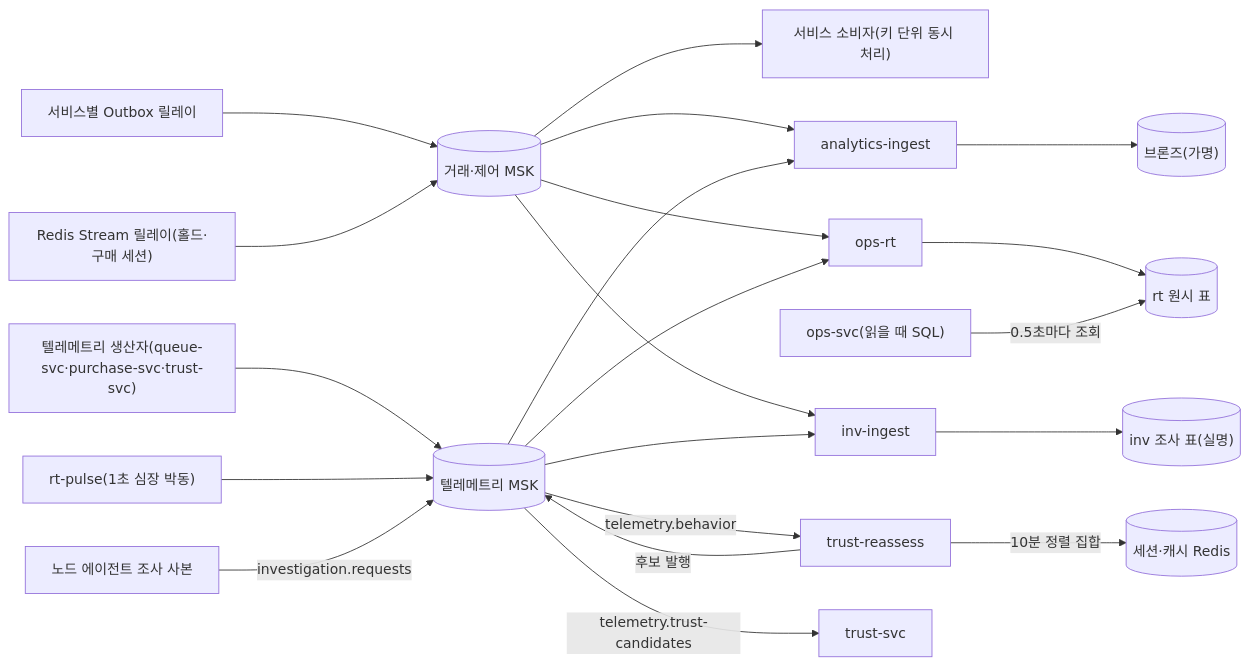
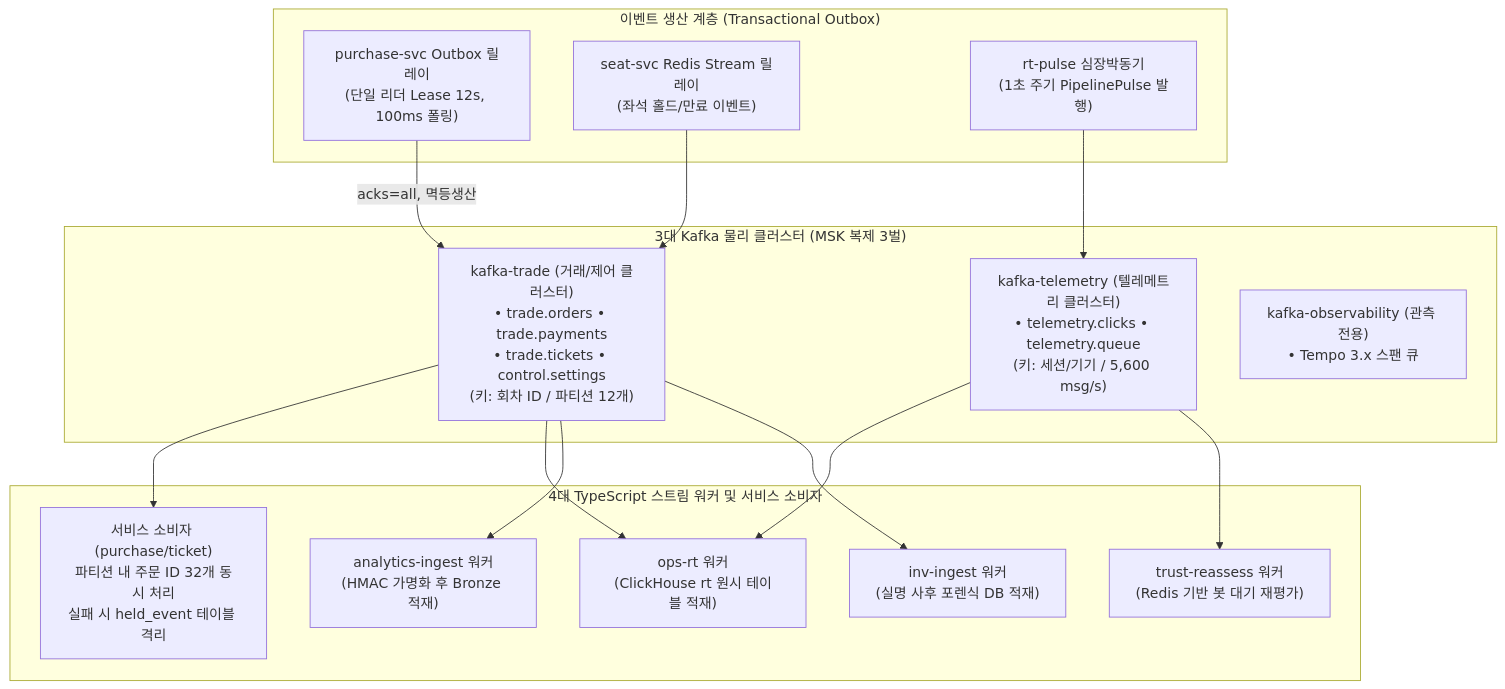
One commit to peaket/peaket changed the first of 2 diagrams in docs/walkthrough/fields/18-streaming.md. Above: the diagram before and after it, drawn with Mermaid. The commit also changed other lines of this file and 77 other files, not shown here.

````diff
--- a/docs/walkthrough/fields/18-streaming.md
+++ b/docs/walkthrough/fields/18-streaming.md
@@ -137,41 +23,33 @@
 ```mermaid
-flowchart LR
-    relay["서비스별 Outbox 릴레이"]
-    rstream["Redis Stream 릴레이(홀드·구매 세션)"]
-    tprod["텔레메트리 생산자(queue-svc·purchase-svc·trust-svc)"]
-    pulse["rt-pulse(1초 심장 박동)"]
-    agent["노드 에이전트 조사 사본"]
-    trade[("거래·제어 MSK")]
-    tele[("텔레메트리 MSK")]
-    svc["서비스 소비자(키 단위 동시 처리)"]
-    ingest["analytics-ingest"]
-    opsrt["ops-rt"]
-    reassess["trust-reassess"]
-    inv["inv-ingest"]
-    bronze[("브론즈(가명)")]
-    rt[("rt 원시 표")]
-    invdb[("inv 조사 표(실명)")]
-    redis[("세션·캐시 Redis")]
-    opssvc["ops-svc(읽을 때 SQL)"]
-    trust["trust-svc"]
-    relay --> trade
-    rstream --> trade
-    tprod --> tele
-    pulse --> tele
-    agent -->|"investigation.requests"| tele
-    trade --> svc
-    trade --> ingest
-    tele --> ingest
-    trade --> opsrt
-    tele --> opsrt
-    trade --> inv
-    tele --> inv
-    tele -->|"telemetry.behavior"| reassess
-    ingest --> bronze
-    opsrt --> rt
-    inv --> invdb
-    reassess -->|"10분 정렬 집합"| redis
-    reassess -->|"후보 발행"| tele
-    tele -->|"telemetry.trust-candidates"| trust
-    opssvc -->|"0.5초마다 조회"| rt
+flowchart TD
+    subgraph Producers["이벤트 생산 계층 (Transactional Outbox)"]
+        OrderOutbox["purchase-svc Outbox 릴레이<br/>(단일 리더 Lease 12s, 100ms 폴링)"]
+        SeatStream["seat-svc Redis Stream 릴레이<br/>(좌석 홀드/만료 이벤트)"]
+        Pulse["rt-pulse 심장박동기<br/>(1초 주기 PipelinePulse 발행)"]
+    end
+
+    subgraph KafkaClusters["3대 Kafka 물리 클러스터 (MSK 복제 3벌)"]
+        TradeCluster["kafka-trade (거래/제어 클러스터)<br/>• trade.orders • trade.payments<br/>• trade.tickets • control.settings<br/>(키: 회차 ID / 파티션 12개)"]
+        TelemCluster["kafka-telemetry (텔레메트리 클러스터)<br/>• telemetry.clicks • telemetry.queue<br/>(키: 세션/기기 / 5,600 msg/s)"]
+        ObsCluster["kafka-observability (관측 전용)<br/>• Tempo 3.x 스팬 큐"]
+    end
+
+    OrderOutbox -->|"acks=all, 멱등생산"| TradeCluster
+    SeatStream --> TradeCluster
+    Pulse --> TelemCluster
+
+    subgraph Consumers["4대 TypeScript 스트림 워커 및 서비스 소비자"]
+        SvcConsumer["서비스 소비자 (purchase/ticket)<br/>파티션 내 주문 ID 32개 동시 처리<br/>실패 시 held_event 테이블 격리"]
+        OpsRt["ops-rt 워커<br/>(ClickHouse rt 원시 테이블 적재)"]
+        AnalyticsIngest["analytics-ingest 워커<br/>(HMAC 가명화 후 Bronze 적재)"]
+        TrustReassess["trust-reassess 워커<br/>(Redis 기반 봇 대기 재평가)"]
+        InvIngest["inv-ingest 워커<br/>(실명 사후 포렌식 DB 적재)"]
+    end
+
+    TradeCluster --> SvcConsumer
+    TradeCluster --> OpsRt
+    TradeCluster --> AnalyticsIngest
+    TradeCluster --> InvIngest
+    TelemCluster --> OpsRt
+    TelemCluster --> TrustReassess
 ```
````
